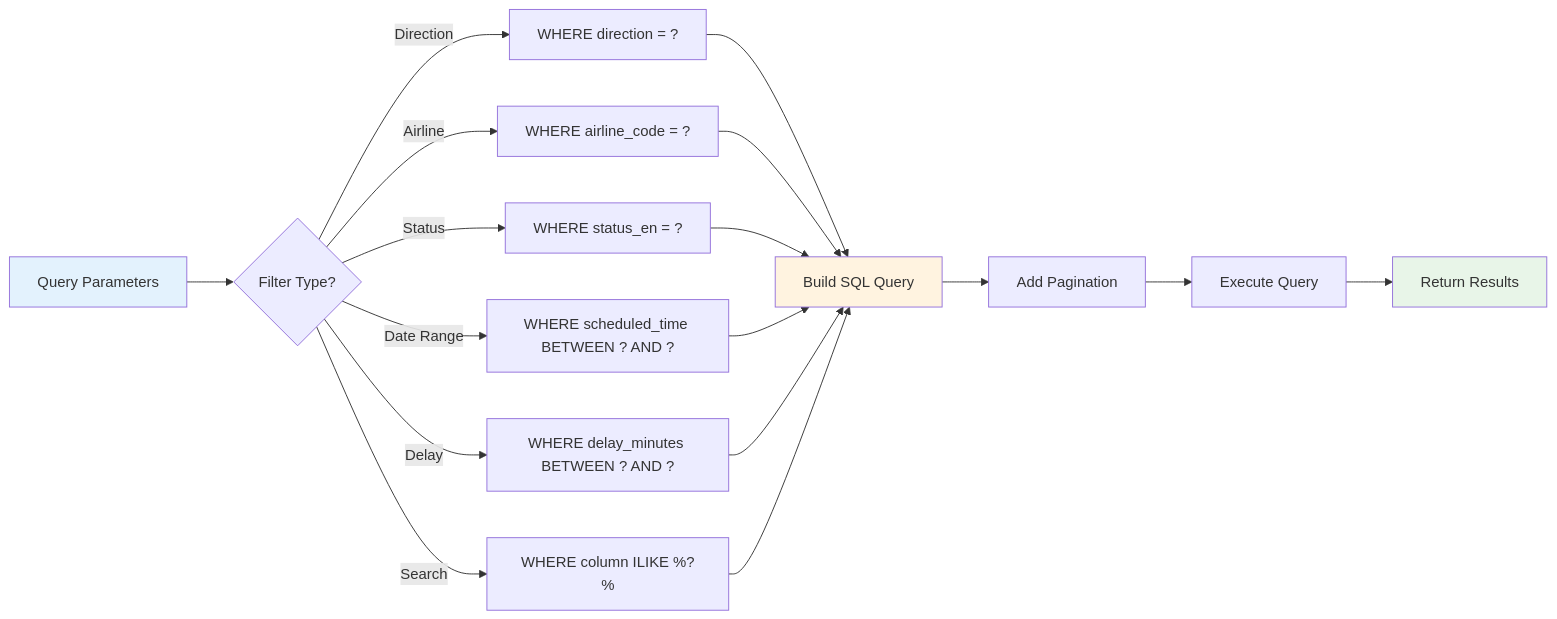
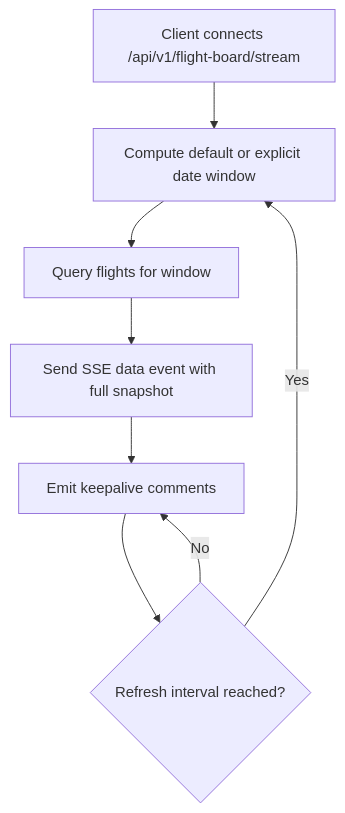
Before and after one commit to Daniel1Maymon/israel-flights-etl: the third of 4 diagrams in docs/architecture/FLOW_DIAGRAM.md, drawn with Mermaid. The commit also changed other lines of this file and 40 other files, not shown here.

````diff
--- a/docs/architecture/FLOW_DIAGRAM.md
+++ b/docs/architecture/FLOW_DIAGRAM.md
@@ -125,25 +36,10 @@
 ```mermaid
-flowchart LR
-    A[Query Parameters] --> B{Filter Type?}
-    B -->|Direction| C[WHERE direction = ?]
-    B -->|Airline| D[WHERE airline_code = ?]
-    B -->|Status| E[WHERE status_en = ?]
-    B -->|Date Range| F[WHERE scheduled_time BETWEEN ? AND ?]
-    B -->|Delay| G[WHERE delay_minutes BETWEEN ? AND ?]
-    B -->|Search| H[WHERE column ILIKE %?%]
-    
-    C --> I[Build SQL Query]
-    D --> I
-    E --> I
-    F --> I
-    G --> I
-    H --> I
-    
-    I --> J[Add Pagination]
-    J --> K[Execute Query]
-    K --> L[Return Results]
-    
-    style A fill:#e3f2fd
-    style I fill:#fff3e0
-    style L fill:#e8f5e8
+flowchart TD
+    A[Client connects /api/v1/flight-board/stream] --> B[Compute default or explicit date window]
+    B --> C[Query flights for window]
+    C --> D[Send SSE data event with full snapshot]
+    D --> E[Emit keepalive comments]
+    E --> F{Refresh interval reached?}
+    F -->|No| E
+    F -->|Yes| B
 ```
````
